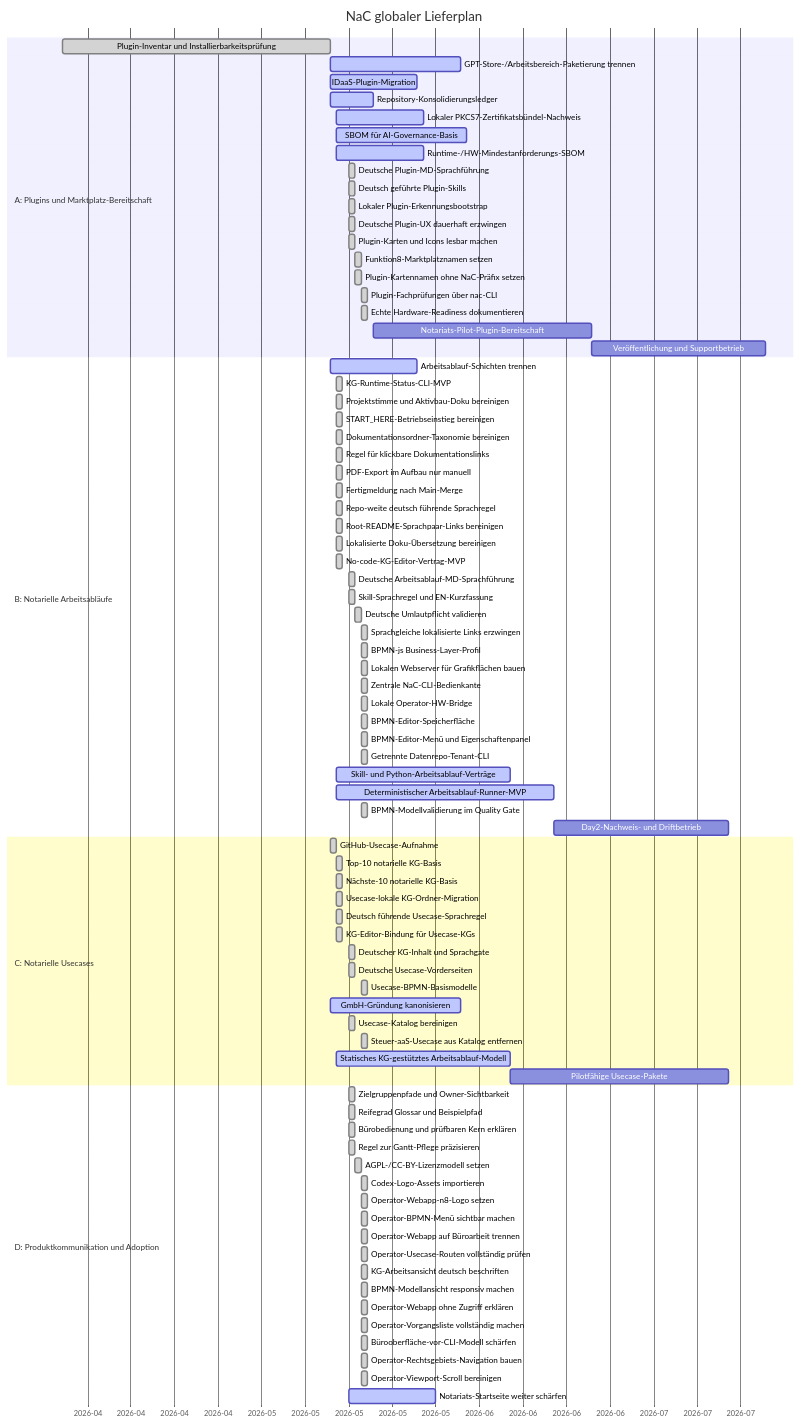
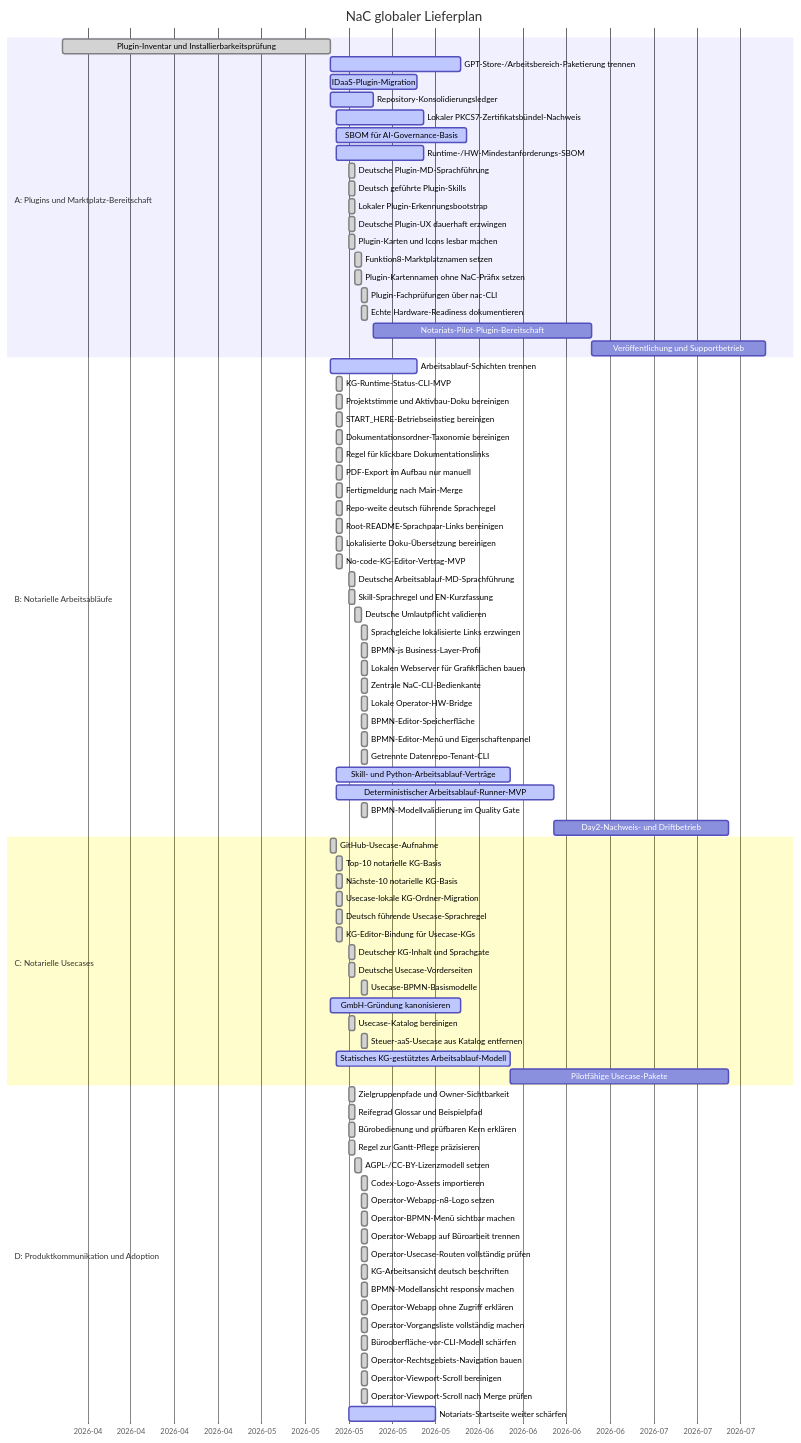
The diagram in roadmap/GANTT.md (notariat8/NaC), drawn with Mermaid before and after one commit. The commit also changed other lines of this file and 1 other file, not shown here.

Commit message:
Log post-merge viewport validation

````diff
--- a/roadmap/GANTT.md
+++ b/roadmap/GANTT.md
@@ -100,5 +100,6 @@
     Bürooberfläche-vor-CLI-Modell schärfen       :done,    d1n, 2026-05-19, 1d
     Operator-Rechtsgebiets-Navigation bauen      :done,    d1o, 2026-05-19, 1d
     Operator-Viewport-Scroll bereinigen          :done,    d1p, 2026-05-19, 1d
+    Operator-Viewport-Scroll nach Merge prüfen   :done,    d1q, 2026-05-19, 1d
     Notariats-Startseite weiter schärfen        :active,  d2, 2026-05-17, 14d
 ```
````
